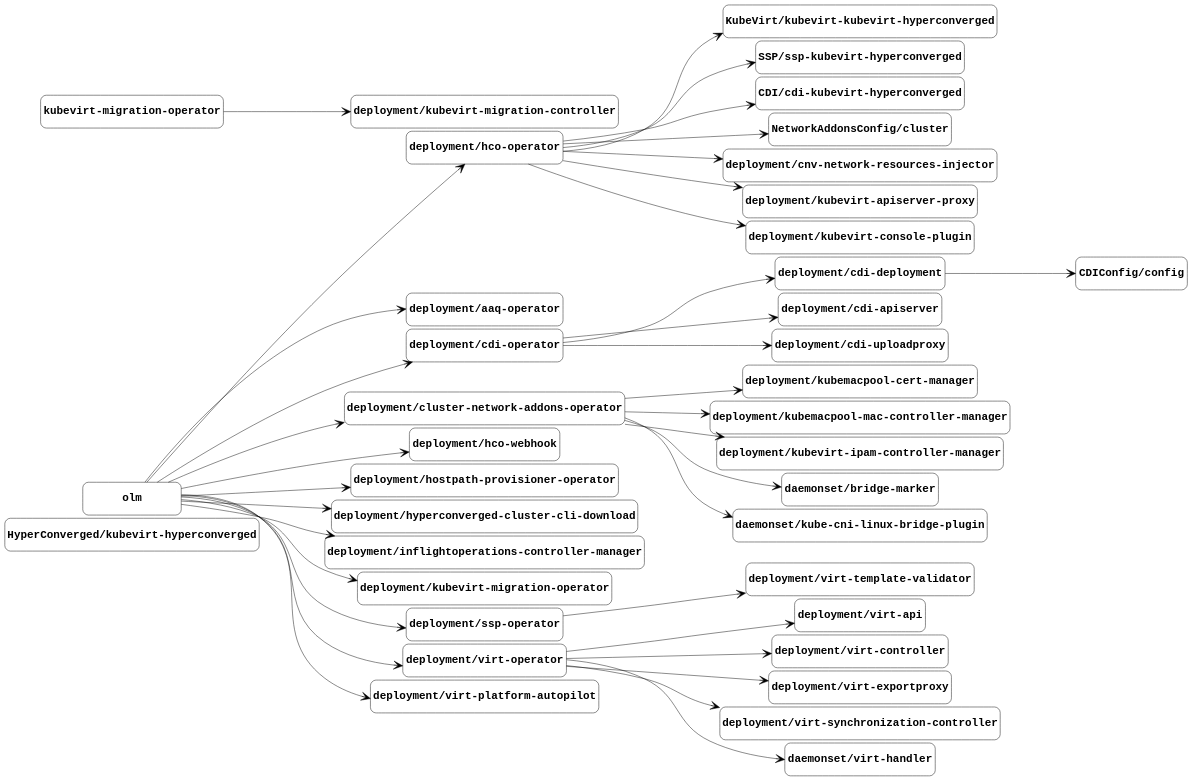
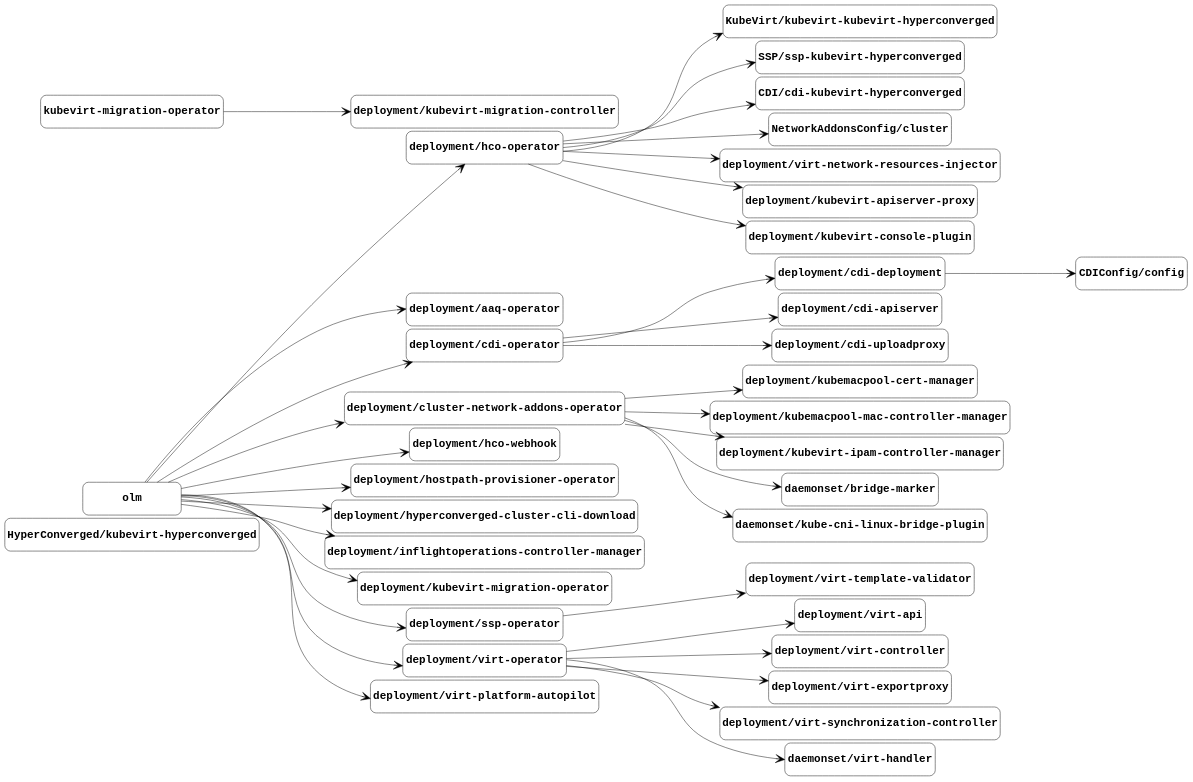
The diagram in docs/managed-by.gv (kubevirt/hyperconverged-cluster-operator), drawn with Graphviz before and after one commit. The commit also changed 7 other files, not shown here.

First line of the commit message:
netresinjector: Rename cnv- prefixed resources to virt- (#4372)

```diff
--- a/docs/managed-by.gv
+++ b/docs/managed-by.gv
@@ -1,111 +1,111 @@
 digraph "managed-by" {
 	graph [center=true margin=0.2 nodesep=0.1 rankdir=LR ranksep=2]
 	node [fontname="Courier-Bold" fontsize=24 height=1 shape=box style=rounded width=3]
 	edge [arrowhead=vee arrowsize=2]
 	"HyperConverged/kubevirt-hyperconverged" [label="HyperConverged/kubevirt-hyperconverged"]
 	"KubeVirt/kubevirt-kubevirt-hyperconverged" [label="KubeVirt/kubevirt-kubevirt-hyperconverged"]
 	"deployment/hco-operator" [label="deployment/hco-operator"]
 	"deployment/hco-operator" -> "KubeVirt/kubevirt-kubevirt-hyperconverged"
 	"SSP/ssp-kubevirt-hyperconverged" [label="SSP/ssp-kubevirt-hyperconverged"]
 	"deployment/hco-operator" [label="deployment/hco-operator"]
 	"deployment/hco-operator" -> "SSP/ssp-kubevirt-hyperconverged"
 	"CDI/cdi-kubevirt-hyperconverged" [label="CDI/cdi-kubevirt-hyperconverged"]
 	"deployment/hco-operator" [label="deployment/hco-operator"]
 	"deployment/hco-operator" -> "CDI/cdi-kubevirt-hyperconverged"
 	"CDIConfig/config" [label="CDIConfig/config"]
 	"deployment/cdi-deployment" [label="deployment/cdi-deployment"]
 	"deployment/cdi-deployment" -> "CDIConfig/config"
 	"NetworkAddonsConfig/cluster" [label="NetworkAddonsConfig/cluster"]
 	"deployment/hco-operator" [label="deployment/hco-operator"]
 	"deployment/hco-operator" -> "NetworkAddonsConfig/cluster"
 	"deployment/aaq-operator" [label="deployment/aaq-operator"]
 	olm [label=olm]
 	olm -> "deployment/aaq-operator"
 	"deployment/cdi-apiserver" [label="deployment/cdi-apiserver"]
 	"deployment/cdi-operator" [label="deployment/cdi-operator"]
 	"deployment/cdi-operator" -> "deployment/cdi-apiserver"
 	"deployment/cdi-deployment" [label="deployment/cdi-deployment"]
 	"deployment/cdi-operator" [label="deployment/cdi-operator"]
 	"deployment/cdi-operator" -> "deployment/cdi-deployment"
 	"deployment/cdi-operator" [label="deployment/cdi-operator"]
 	olm [label=olm]
 	olm -> "deployment/cdi-operator"
 	"deployment/cdi-uploadproxy" [label="deployment/cdi-uploadproxy"]
 	"deployment/cdi-operator" [label="deployment/cdi-operator"]
 	"deployment/cdi-operator" -> "deployment/cdi-uploadproxy"
 	"deployment/cluster-network-addons-operator" [label="deployment/cluster-network-addons-operator"]
 	olm [label=olm]
 	olm -> "deployment/cluster-network-addons-operator"
-	"deployment/cnv-network-resources-injector" [label="deployment/cnv-network-resources-injector"]
+	"deployment/virt-network-resources-injector" [label="deployment/virt-network-resources-injector"]
 	"deployment/hco-operator" [label="deployment/hco-operator"]
-	"deployment/hco-operator" -> "deployment/cnv-network-resources-injector"
+	"deployment/hco-operator" -> "deployment/virt-network-resources-injector"
 	"deployment/hco-operator" [label="deployment/hco-operator"]
 	olm [label=olm]
 	olm -> "deployment/hco-operator"
 	"deployment/hco-webhook" [label="deployment/hco-webhook"]
 	olm [label=olm]
 	olm -> "deployment/hco-webhook"
 	"deployment/hostpath-provisioner-operator" [label="deployment/hostpath-provisioner-operator"]
 	olm [label=olm]
 	olm -> "deployment/hostpath-provisioner-operator"
 	"deployment/hyperconverged-cluster-cli-download" [label="deployment/hyperconverged-cluster-cli-download"]
 	olm [label=olm]
 	olm -> "deployment/hyperconverged-cluster-cli-download"
 	"deployment/inflightoperations-controller-manager" [label="deployment/inflightoperations-controller-manager"]
 	olm [label=olm]
 	olm -> "deployment/inflightoperations-controller-manager"
 	"deployment/kubemacpool-cert-manager" [label="deployment/kubemacpool-cert-manager"]
 	"deployment/cluster-network-addons-operator" [label="deployment/cluster-network-addons-operator"]
 	"deployment/cluster-network-addons-operator" -> "deployment/kubemacpool-cert-manager"
 	"deployment/kubemacpool-mac-controller-manager" [label="deployment/kubemacpool-mac-controller-manager"]
 	"deployment/cluster-network-addons-operator" [label="deployment/cluster-network-addons-operator"]
 	"deployment/cluster-network-addons-operator" -> "deployment/kubemacpool-mac-controller-manager"
 	"deployment/kubevirt-apiserver-proxy" [label="deployment/kubevirt-apiserver-proxy"]
 	"deployment/hco-operator" [label="deployment/hco-operator"]
 	"deployment/hco-operator" -> "deployment/kubevirt-apiserver-proxy"
 	"deployment/kubevirt-console-plugin" [label="deployment/kubevirt-console-plugin"]
 	"deployment/hco-operator" [label="deployment/hco-operator"]
 	"deployment/hco-operator" -> "deployment/kubevirt-console-plugin"
 	"deployment/kubevirt-ipam-controller-manager" [label="deployment/kubevirt-ipam-controller-manager"]
 	"deployment/cluster-network-addons-operator" [label="deployment/cluster-network-addons-operator"]
 	"deployment/cluster-network-addons-operator" -> "deployment/kubevirt-ipam-controller-manager"
 	"deployment/kubevirt-migration-controller" [label="deployment/kubevirt-migration-controller"]
 	"kubevirt-migration-operator" [label="kubevirt-migration-operator"]
 	"kubevirt-migration-operator" -> "deployment/kubevirt-migration-controller"
 	"deployment/kubevirt-migration-operator" [label="deployment/kubevirt-migration-operator"]
 	olm [label=olm]
 	olm -> "deployment/kubevirt-migration-operator"
 	"deployment/ssp-operator" [label="deployment/ssp-operator"]
 	olm [label=olm]
 	olm -> "deployment/ssp-operator"
 	"deployment/virt-api" [label="deployment/virt-api"]
 	"deployment/virt-operator" [label="deployment/virt-operator"]
 	"deployment/virt-operator" -> "deployment/virt-api"
 	"deployment/virt-controller" [label="deployment/virt-controller"]
 	"deployment/virt-operator" [label="deployment/virt-operator"]
 	"deployment/virt-operator" -> "deployment/virt-controller"
 	"deployment/virt-exportproxy" [label="deployment/virt-exportproxy"]
 	"deployment/virt-operator" [label="deployment/virt-operator"]
 	"deployment/virt-operator" -> "deployment/virt-exportproxy"
 	"deployment/virt-operator" [label="deployment/virt-operator"]
 	olm [label=olm]
 	olm -> "deployment/virt-operator"
 	"deployment/virt-platform-autopilot" [label="deployment/virt-platform-autopilot"]
 	olm [label=olm]
 	olm -> "deployment/virt-platform-autopilot"
 	"deployment/virt-synchronization-controller" [label="deployment/virt-synchronization-controller"]
 	"deployment/virt-operator" [label="deployment/virt-operator"]
 	"deployment/virt-operator" -> "deployment/virt-synchronization-controller"
 	"deployment/virt-template-validator" [label="deployment/virt-template-validator"]
 	"deployment/ssp-operator" [label="deployment/ssp-operator"]
 	"deployment/ssp-operator" -> "deployment/virt-template-validator"
 	"daemonset/bridge-marker" [label="daemonset/bridge-marker"]
 	"deployment/cluster-network-addons-operator" [label="deployment/cluster-network-addons-operator"]
 	"deployment/cluster-network-addons-operator" -> "daemonset/bridge-marker"
 	"daemonset/kube-cni-linux-bridge-plugin" [label="daemonset/kube-cni-linux-bridge-plugin"]
 	"deployment/cluster-network-addons-operator" [label="deployment/cluster-network-addons-operator"]
 	"deployment/cluster-network-addons-operator" -> "daemonset/kube-cni-linux-bridge-plugin"
 	"daemonset/virt-handler" [label="daemonset/virt-handler"]
 	"deployment/virt-operator" [label="deployment/virt-operator"]
 	"deployment/virt-operator" -> "daemonset/virt-handler"
 }
```
